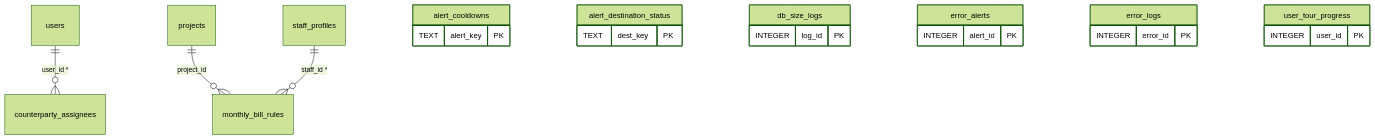
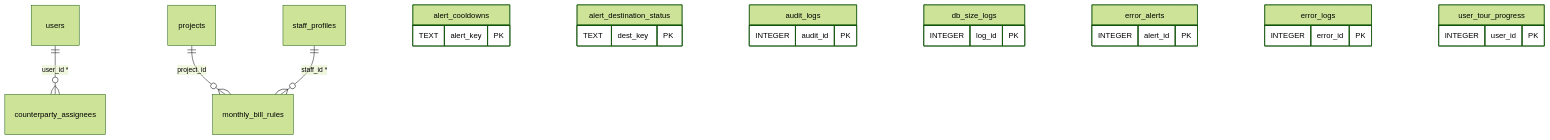
Diagram 11 of 11 in docs/db.md (daichi763/MBsaas), drawn with Mermaid (forest theme) before and after one commit. The commit also changed other lines of this file and 25 other files, not shown here.

````diff
--- a/docs/db.md
+++ b/docs/db.md
@@ -469,24 +469,27 @@
 ```mermaid
 erDiagram
   users ||--o{ counterparty_assignees : "user_id *"
   projects ||--o{ monthly_bill_rules : "project_id"
   staff_profiles ||--o{ monthly_bill_rules : "staff_id *"
   alert_cooldowns {
     TEXT alert_key PK
   }
   alert_destination_status {
     TEXT dest_key PK
+  }
+  audit_logs {
+    INTEGER audit_id PK
   }
   db_size_logs {
     INTEGER log_id PK
   }
   error_alerts {
     INTEGER alert_id PK
   }
   error_logs {
     INTEGER error_id PK
   }
   user_tour_progress {
     INTEGER user_id PK
   }
 ```
````
